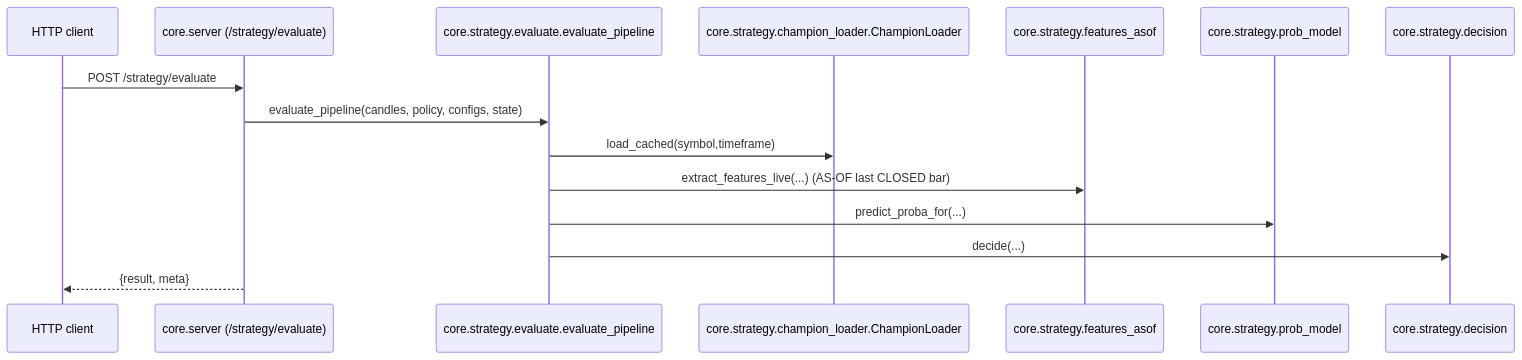
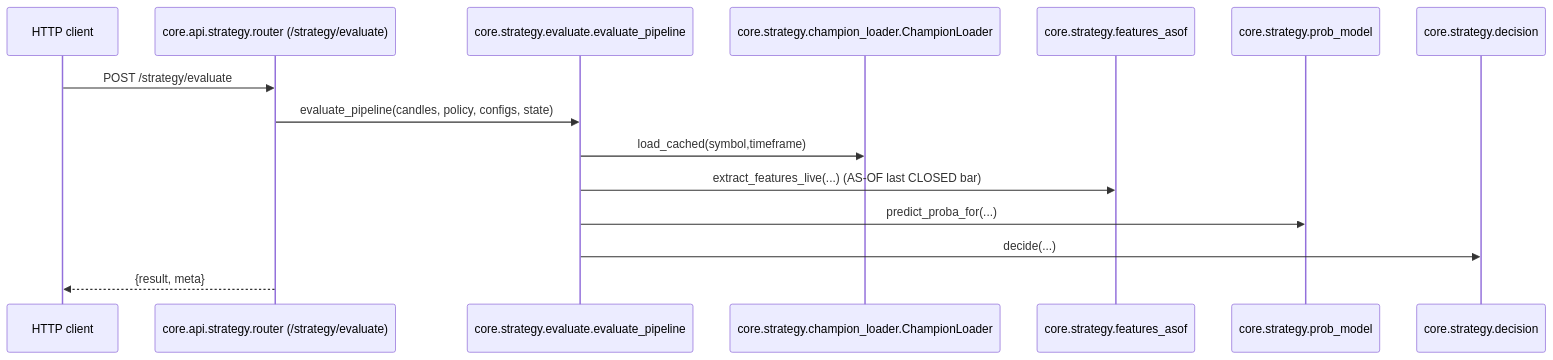
Before and after one commit to JohnCCarter/Genesis-Core: the sixth of 11 diagrams in docs/architecture/ARCHITECTURE_VISUAL.md, drawn with Mermaid. The commit also changed other lines of this file and 40 other files, not shown here.

````diff
--- a/docs/architecture/ARCHITECTURE_VISUAL.md
+++ b/docs/architecture/ARCHITECTURE_VISUAL.md
@@ -291,18 +291,18 @@
 ```mermaid
 sequenceDiagram
   participant Client as HTTP client
-  participant API as core.server (/strategy/evaluate)
+  participant API as core.api.strategy.router (/strategy/evaluate)
   participant Eval as core.strategy.evaluate.evaluate_pipeline
   participant Champ as core.strategy.champion_loader.ChampionLoader
   participant Feat as core.strategy.features_asof
   participant Model as core.strategy.prob_model
   participant Dec as core.strategy.decision
 
   Client->>API: POST /strategy/evaluate
   API->>Eval: evaluate_pipeline(candles, policy, configs, state)
   Eval->>Champ: load_cached(symbol,timeframe)
   Eval->>Feat: extract_features_live(...) (AS-OF last CLOSED bar)
   Eval->>Model: predict_proba_for(...)
   Eval->>Dec: decide(...)
   API-->>Client: {result, meta}
 ```
````
